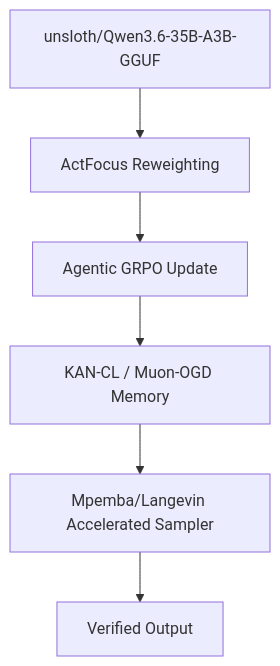
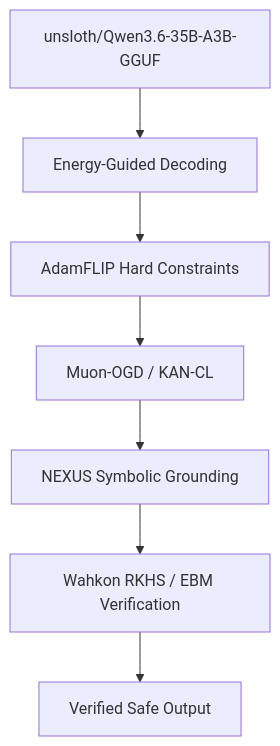
One commit to Carnot-EBM/carnot-ebm changed the diagram in openspec/change-proposals/research-roadmap-vNEXT.md. Above: the diagram before and after it, drawn with Mermaid. The commit also changed other lines of this file and 1 other file, not shown here.

````diff
--- a/openspec/change-proposals/research-roadmap-vNEXT.md
+++ b/openspec/change-proposals/research-roadmap-vNEXT.md
@@ -15,8 +15,9 @@
 ```mermaid
 graph TD;
-    LLM[unsloth/Qwen3.6-35B-A3B-GGUF] --> TokenEnergy[ActFocus Reweighting];
-    TokenEnergy --> GRPO[Agentic GRPO Update];
-    GRPO --> Continual[KAN-CL / Muon-OGD Memory];
-    Continual --> Sampler[Mpemba/Langevin Accelerated Sampler];
-    Sampler --> Output[Verified Output];
+    LLM[unsloth/Qwen3.6-35B-A3B-GGUF] --> Decode[Energy-Guided Decoding];
+    Decode --> Opt[AdamFLIP Hard Constraints];
+    Opt --> Continual[Muon-OGD / KAN-CL];
+    Continual --> NEXUS[NEXUS Symbolic Grounding];
+    NEXUS --> EBM[Wahkon RKHS / EBM Verification];
+    EBM --> Output[Verified Safe Output];
 ```
````
